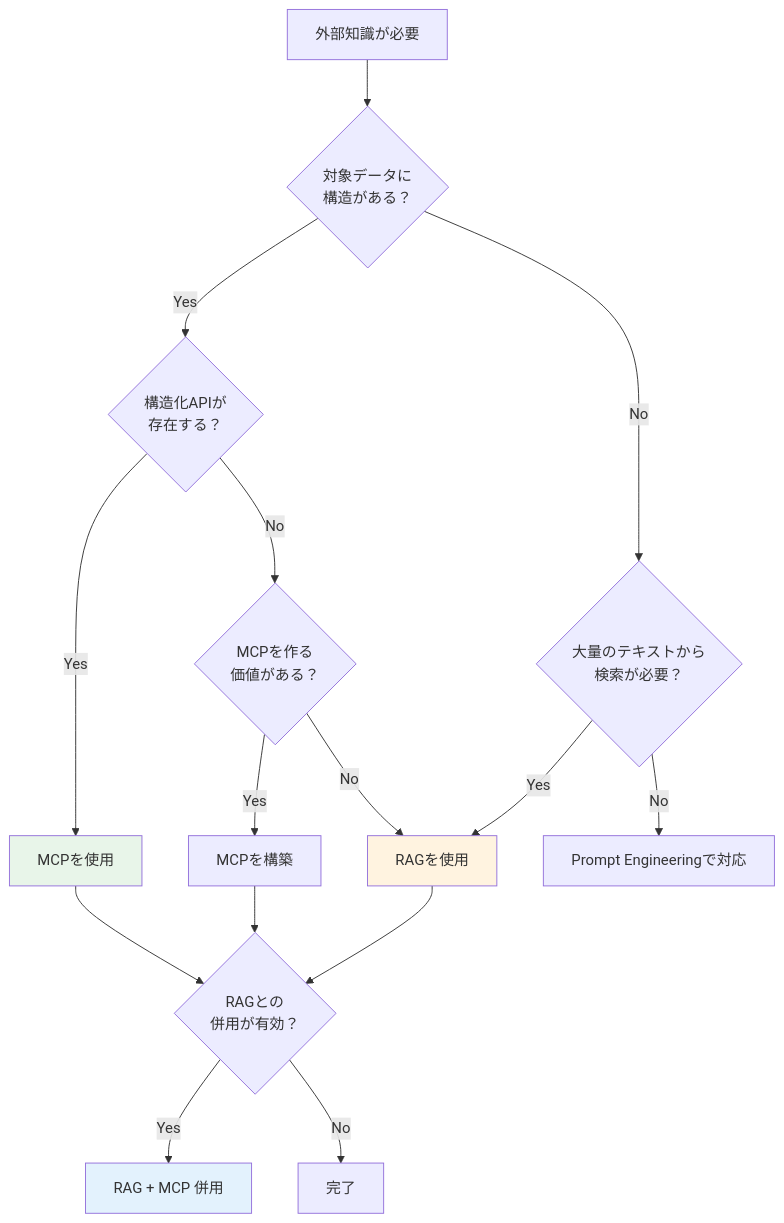
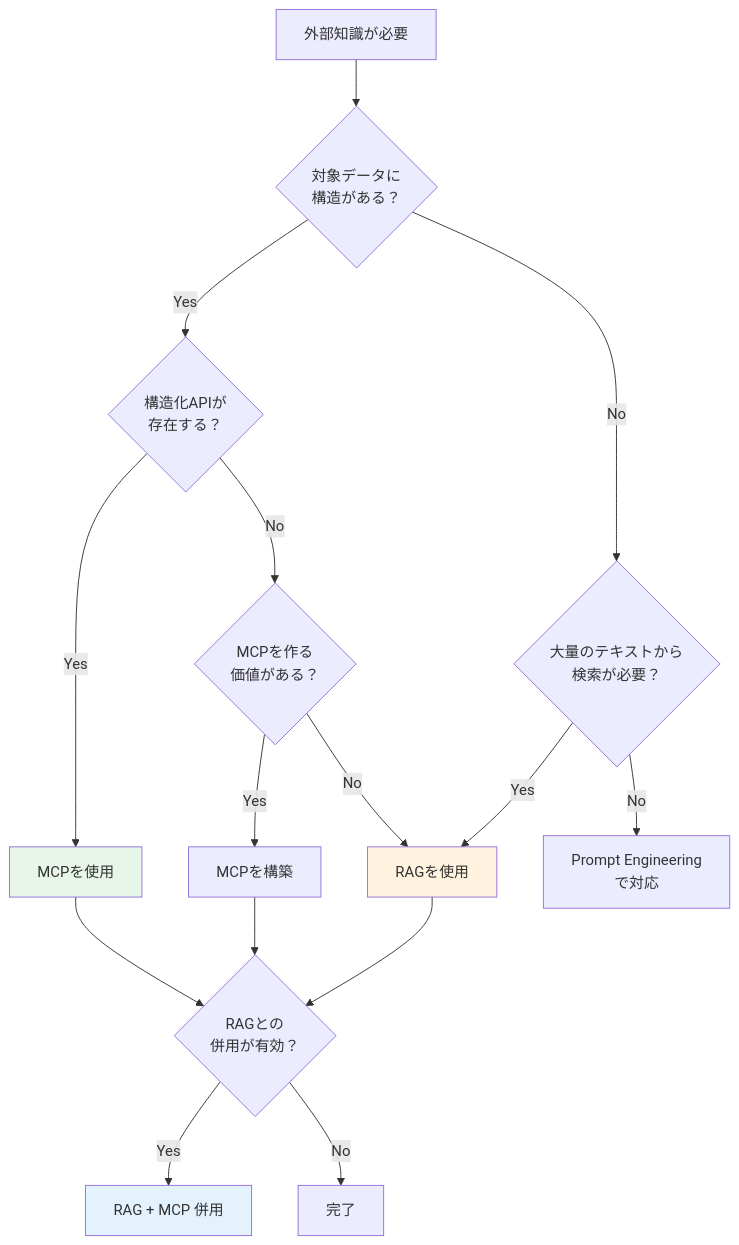
One commit to shuji-bonji/ai-agent-architecture changed diagram 11 of 13 in docs/ja/concepts/04-ai-design-patterns.md. Above: the diagram before and after it, drawn with Mermaid. The commit also changed other lines of this file and 8 other files, not shown here.

````diff
--- a/docs/ja/concepts/04-ai-design-patterns.md
+++ b/docs/ja/concepts/04-ai-design-patterns.md
@@ -624,27 +708,27 @@
 ```mermaid
 flowchart TB
     START[外部知識が必要] --> Q1{対象データに<br/>構造がある？}
 
     Q1 -->|Yes| Q2{構造化APIが<br/>存在する？}
     Q1 -->|No| Q3{大量のテキストから<br/>検索が必要？}
 
     Q2 -->|Yes| MCP[MCPを使用]
     Q2 -->|No| Q4{MCPを作る<br/>価値がある？}
 
     Q3 -->|Yes| RAG[RAGを使用]
-    Q3 -->|No| PE[Prompt Engineering<bn>で対応]
+    Q3 -->|No| PE[Prompt Engineering<br>で対応]
 
     Q4 -->|Yes| BUILD_MCP[MCPを構築]
     Q4 -->|No| RAG
 
     MCP --> COMBINE{RAGとの<br/>併用が有効？}
     RAG --> COMBINE
     BUILD_MCP --> COMBINE
 
     COMBINE -->|Yes| BOTH[RAG + MCP 併用]
     COMBINE -->|No| DONE[完了]
 
     style MCP fill:#e8f5e9,color:#333
     style RAG fill:#fff3e0,color:#333
     style BOTH fill:#e3f2fd,color:#333
 ```
````
